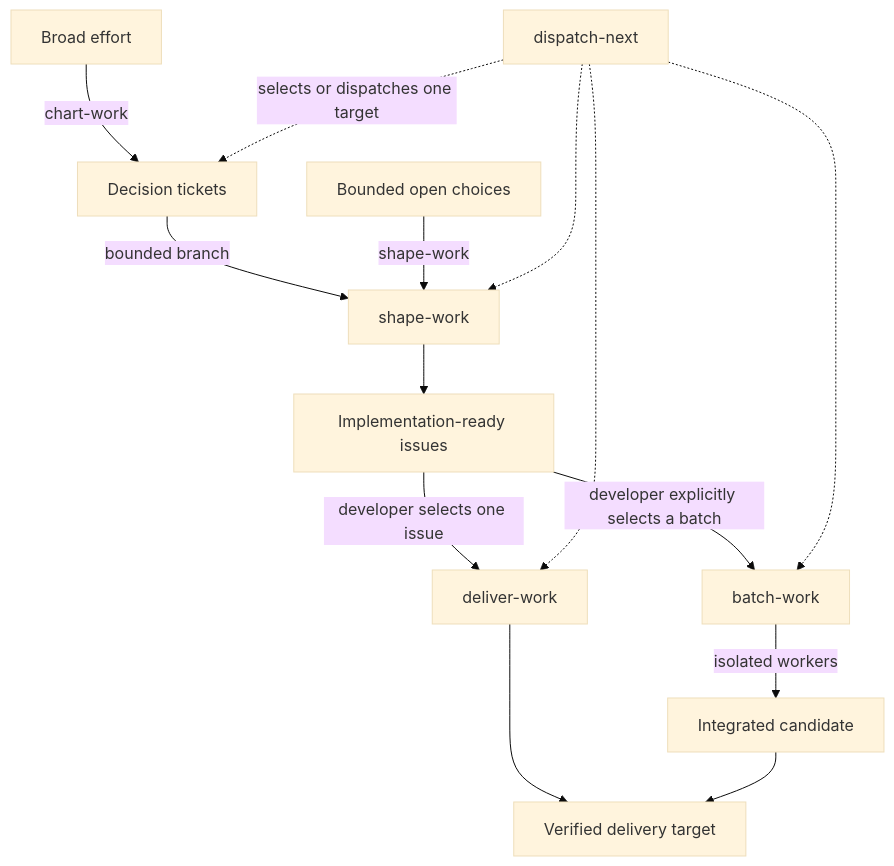
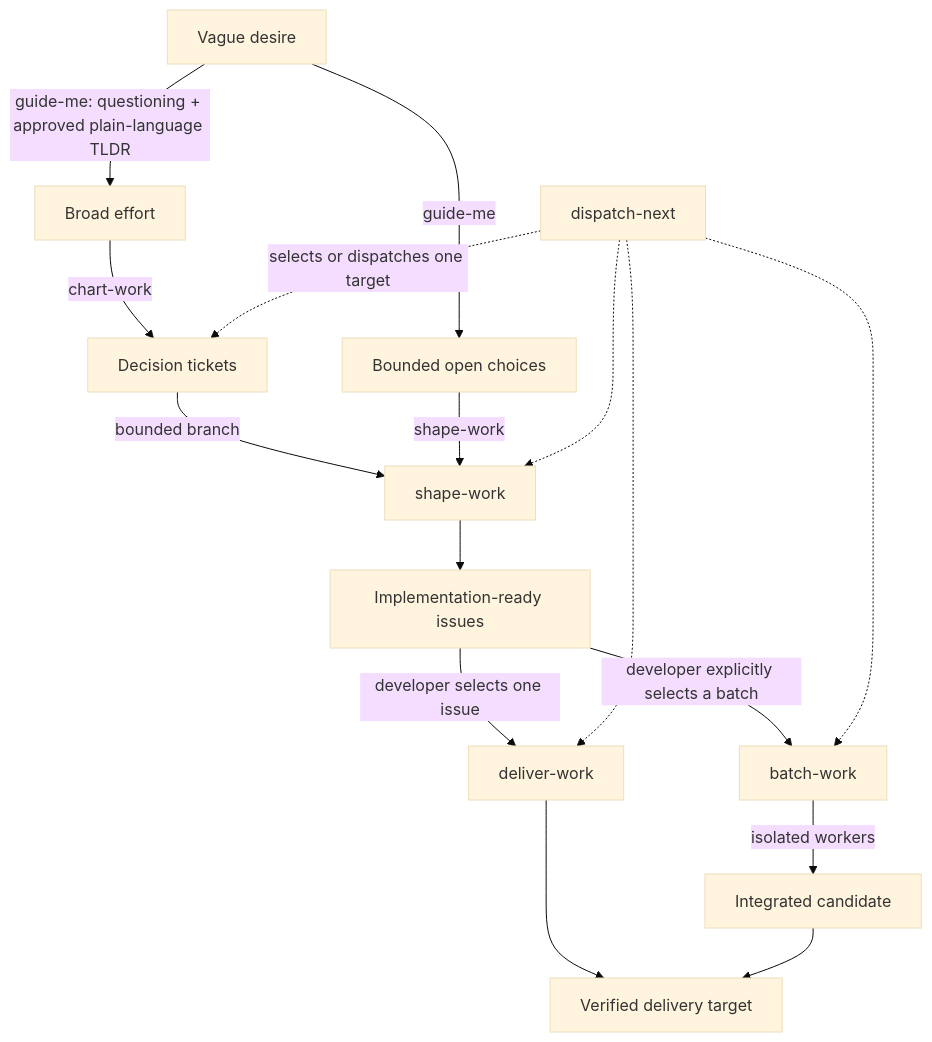
Before and after one commit to sockulags/agent-os: the diagram in docs-site/guide/the-work-loop.md, drawn with Mermaid (base theme). The commit also changed other lines of this file and 49 other files, not shown here.

````diff
--- a/docs-site/guide/the-work-loop.md
+++ b/docs-site/guide/the-work-loop.md
@@ -10,16 +10,18 @@
 ```mermaid
 flowchart TD
+    V[Vague desire] -->|guide-me: questioning + approved plain-language TLDR| A
+    V -->|guide-me| A2
     A[Broad effort] -->|chart-work| B[Decision tickets]
     B -->|bounded branch| C[shape-work]
     A2[Bounded open choices] -->|shape-work| C
     C --> I[Implementation-ready issues]
     I -->|developer selects one issue| D[deliver-work]
     I -->|developer explicitly selects a batch| E[batch-work]
     E -->|isolated workers| F[Integrated candidate]
     D --> G[Verified delivery target]
     F --> G
     H[dispatch-next] -.->|selects or dispatches one target| B
     H -.-> C
     H -.-> D
     H -.-> E
 ```
````
